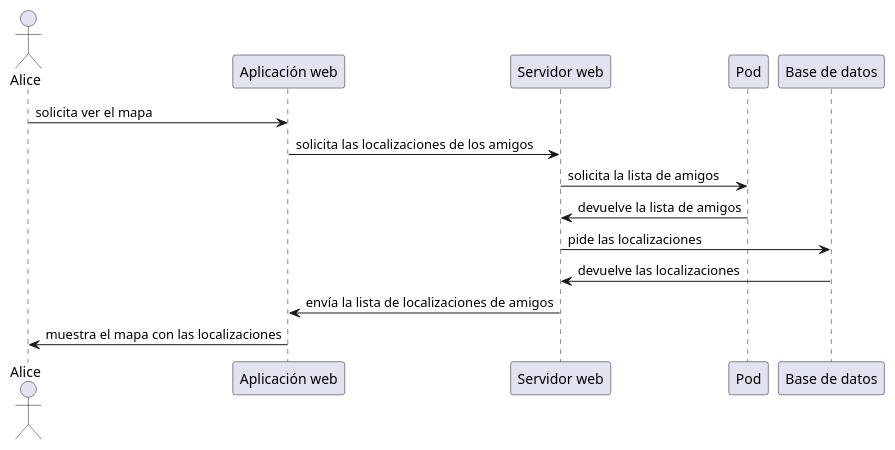
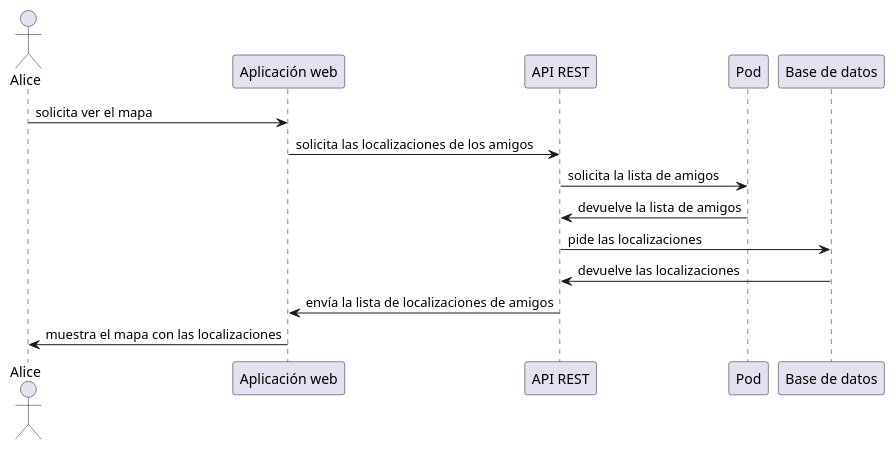
One commit to Arquisoft/radarin_es4b changed the third of 3 diagrams in webapp/docs/06_runtime_view.adoc. Above: the diagram before and after it, drawn with PlantUML. The commit also changed other lines of this file and 18 other files, not shown here.

```diff
--- a/webapp/docs/06_runtime_view.adoc
+++ b/webapp/docs/06_runtime_view.adoc
@@ -44,16 +44,16 @@
 [plantuml,"Ver amigos en el mapa",png]
 ----
 actor Alice
 participant  "Aplicación web"
-participant "Servidor web"
+participant "API REST"
 participant "Pod"
 participant "Base de datos"
 "Alice" -> "Aplicación web": solicita ver el mapa
-"Aplicación web" -> "Servidor web": solicita las localizaciones de los amigos
-"Servidor web" -> "Pod": solicita la lista de amigos
-"Pod" -> "Servidor web": devuelve la lista de amigos
-"Servidor web" -> "Base de datos": pide las localizaciones
-"Base de datos" -> "Servidor web": devuelve las localizaciones
-"Servidor web" -> "Aplicación web": envía la lista de localizaciones de amigos
+"Aplicación web" -> "API REST": solicita las localizaciones de los amigos
+"API REST" -> "Pod": solicita la lista de amigos
+"Pod" -> "API REST": devuelve la lista de amigos
+"API REST" -> "Base de datos": pide las localizaciones
+"Base de datos" -> "API REST": devuelve las localizaciones
+"API REST" -> "Aplicación web": envía la lista de localizaciones de amigos
 "Aplicación web" -> "Alice": muestra el mapa con las localizaciones
 ----
```
